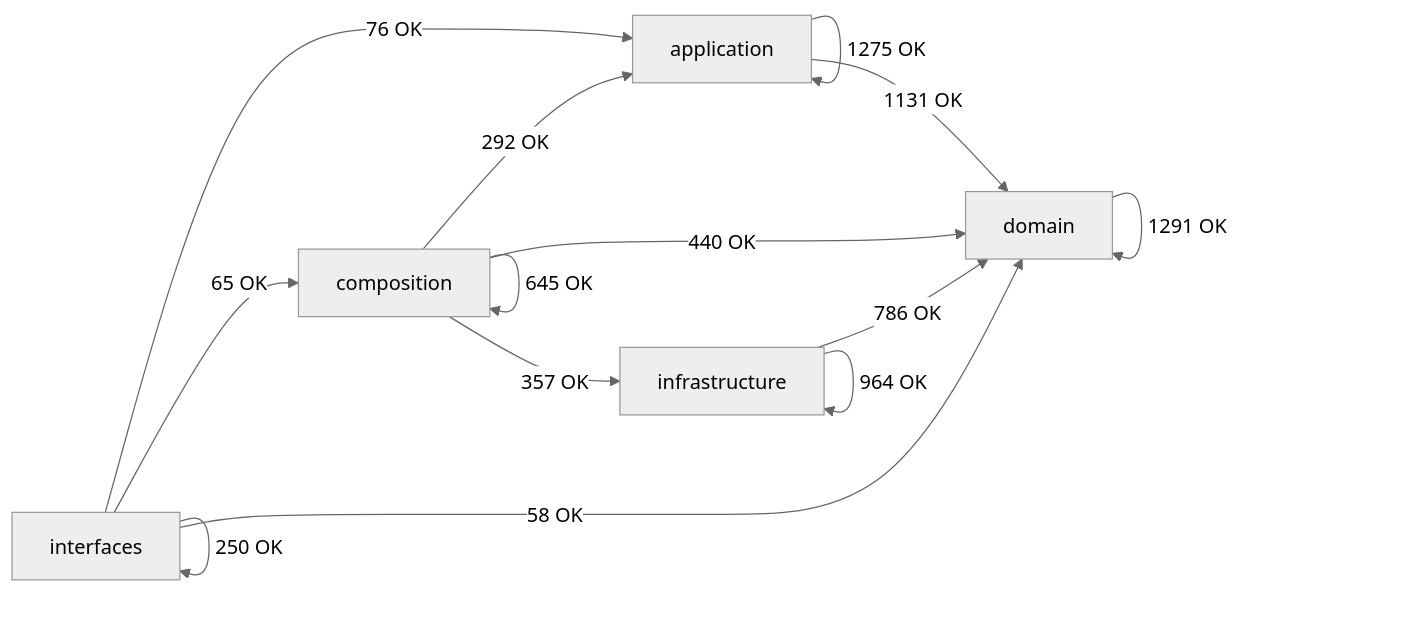
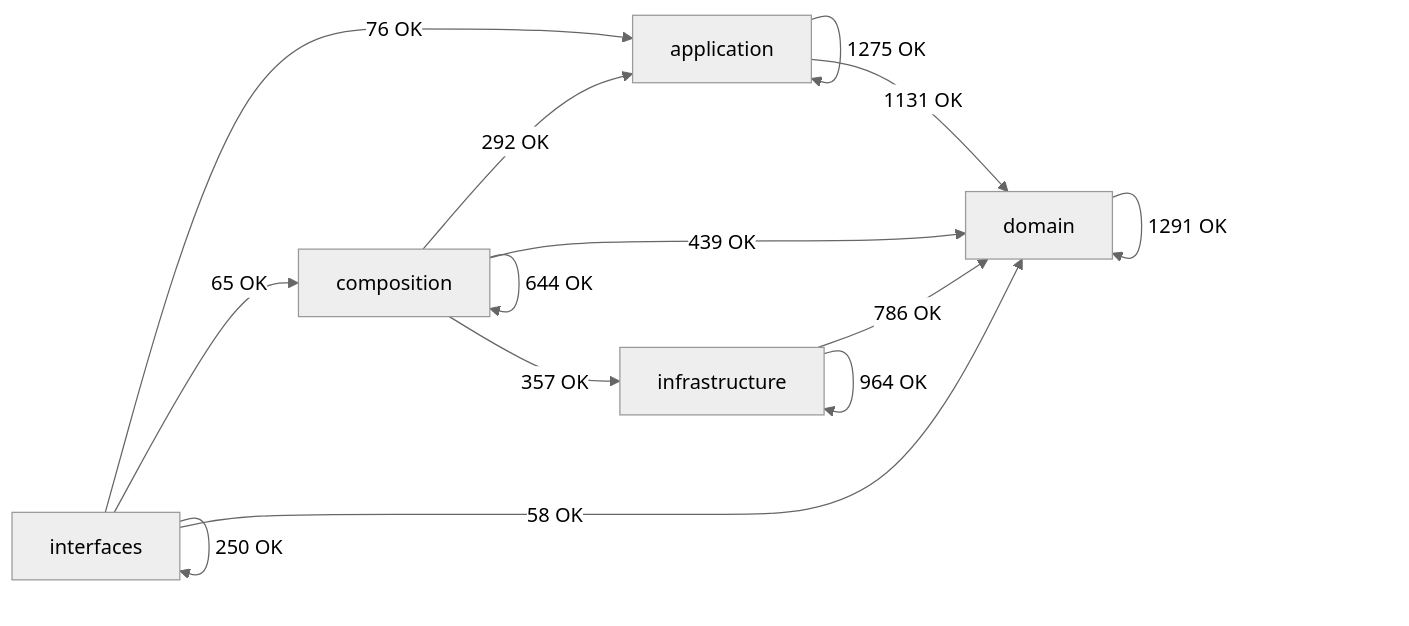
The diagram in docs/02-architecture/generated/module-dependency-map.md (SatoryKono/BioactivityDataAcquisition), drawn with Mermaid (neutral theme) before and after one commit. The commit also changed other lines of this file and 8 other files, not shown here.

````diff
--- a/docs/02-architecture/generated/module-dependency-map.md
+++ b/docs/02-architecture/generated/module-dependency-map.md
@@ -17,21 +17,21 @@
 ```mermaid
 flowchart LR
     domain[domain]
     application[application]
     infrastructure[infrastructure]
     composition[composition]
     interfaces[interfaces]
     application -->|1275 OK| application
     application -->|1131 OK| domain
     composition -->|292 OK| application
-    composition -->|645 OK| composition
-    composition -->|440 OK| domain
+    composition -->|644 OK| composition
+    composition -->|439 OK| domain
     composition -->|357 OK| infrastructure
     domain -->|1291 OK| domain
     infrastructure -->|786 OK| domain
     infrastructure -->|964 OK| infrastructure
     interfaces -->|76 OK| application
     interfaces -->|65 OK| composition
     interfaces -->|58 OK| domain
     interfaces -->|250 OK| interfaces
 ```
````
